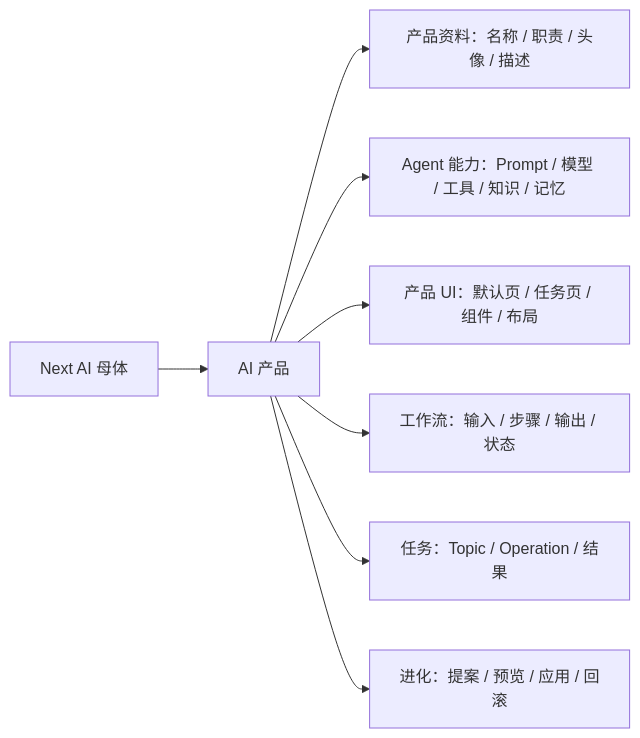
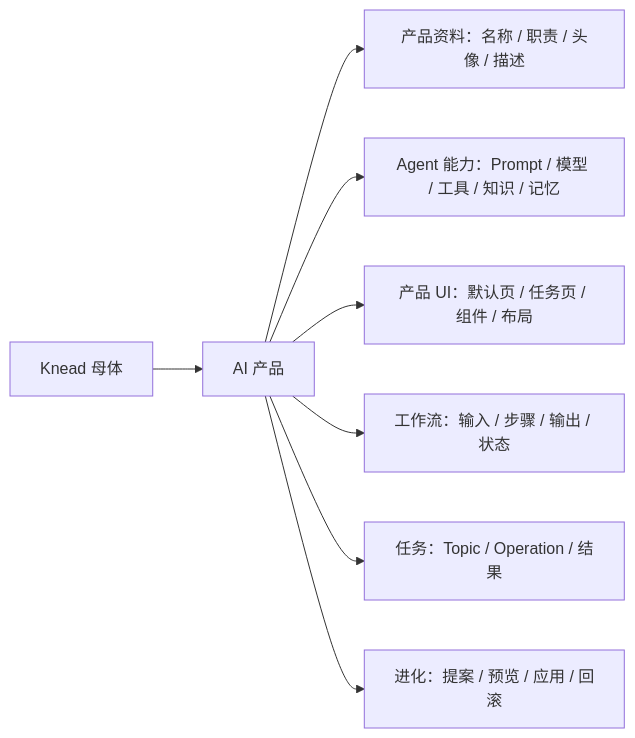
One commit to 1zhangyy1/hermes-knead-webui changed the first of 2 diagrams in docs/references/LOBEHUB_ASSISTANT_REFERENCE_ANALYSIS.md. Above: the diagram before and after it, drawn with Mermaid. The commit also changed other lines of this file and 63 other files, not shown here.

````diff
--- a/docs/references/LOBEHUB_ASSISTANT_REFERENCE_ANALYSIS.md
+++ b/docs/references/LOBEHUB_ASSISTANT_REFERENCE_ANALYSIS.md
@@ -219,10 +219,10 @@
 ```mermaid
 flowchart LR
-  A["Next AI 母体"] --> B["AI 产品"]
+  A["Knead 母体"] --> B["AI 产品"]
   B --> C["产品资料：名称 / 职责 / 头像 / 描述"]
   B --> D["Agent 能力：Prompt / 模型 / 工具 / 知识 / 记忆"]
   B --> E["产品 UI：默认页 / 任务页 / 组件 / 布局"]
   B --> F["工作流：输入 / 步骤 / 输出 / 状态"]
   B --> G["任务：Topic / Operation / 结果"]
   B --> H["进化：提案 / 预览 / 应用 / 回滚"]
 ```
````
